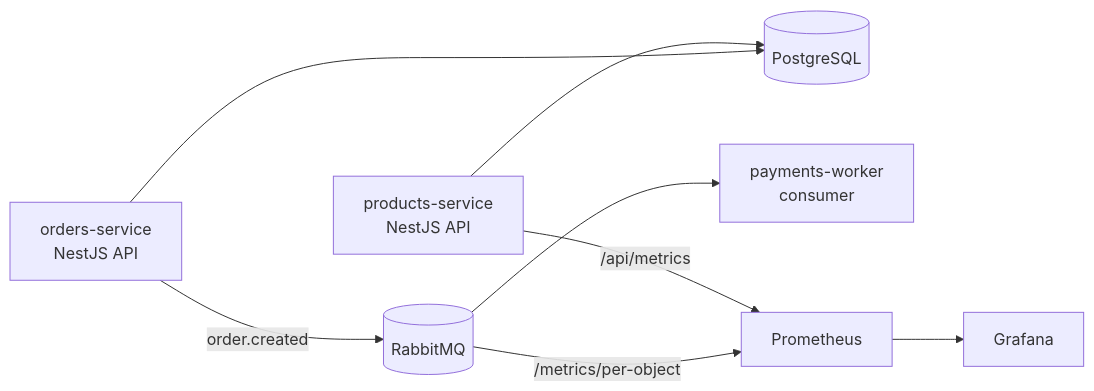
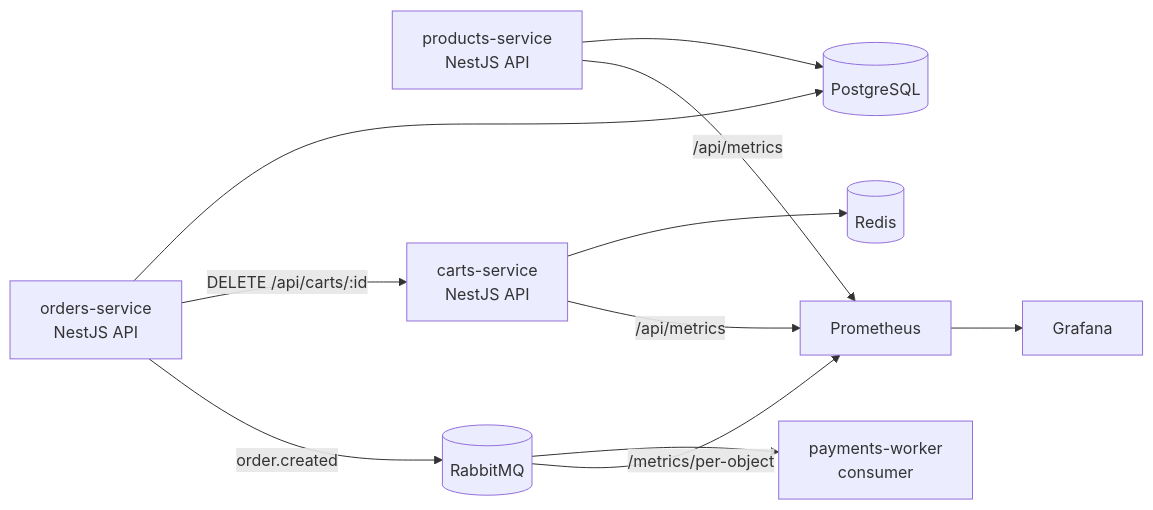
The diagram in ARCHITECTURE.md (maicoqb/estudo-kubernets), drawn with Mermaid before and after one commit. The commit also changed other lines of this file and 4 other files, not shown here.

````diff
--- a/ARCHITECTURE.md
+++ b/ARCHITECTURE.md
@@ -3,10 +3,13 @@
 ```mermaid
 graph LR
   products-service[products-service<br>NestJS API] --> PostgreSQL[(PostgreSQL)]
+  carts-service[carts-service<br>NestJS API] --> Redis[(Redis)]
   orders-service[orders-service<br>NestJS API] --> PostgreSQL
+  orders-service -->|DELETE /api/carts/:id| carts-service
   orders-service -->|order.created| RabbitMQ[(RabbitMQ)]
   RabbitMQ --> payments-worker[payments-worker<br>consumer]
+  carts-service -- /api/metrics --> Prometheus
   products-service -- /api/metrics --> Prometheus
   RabbitMQ -- /metrics/per-object --> Prometheus
   Prometheus --> Grafana
 ```
````
